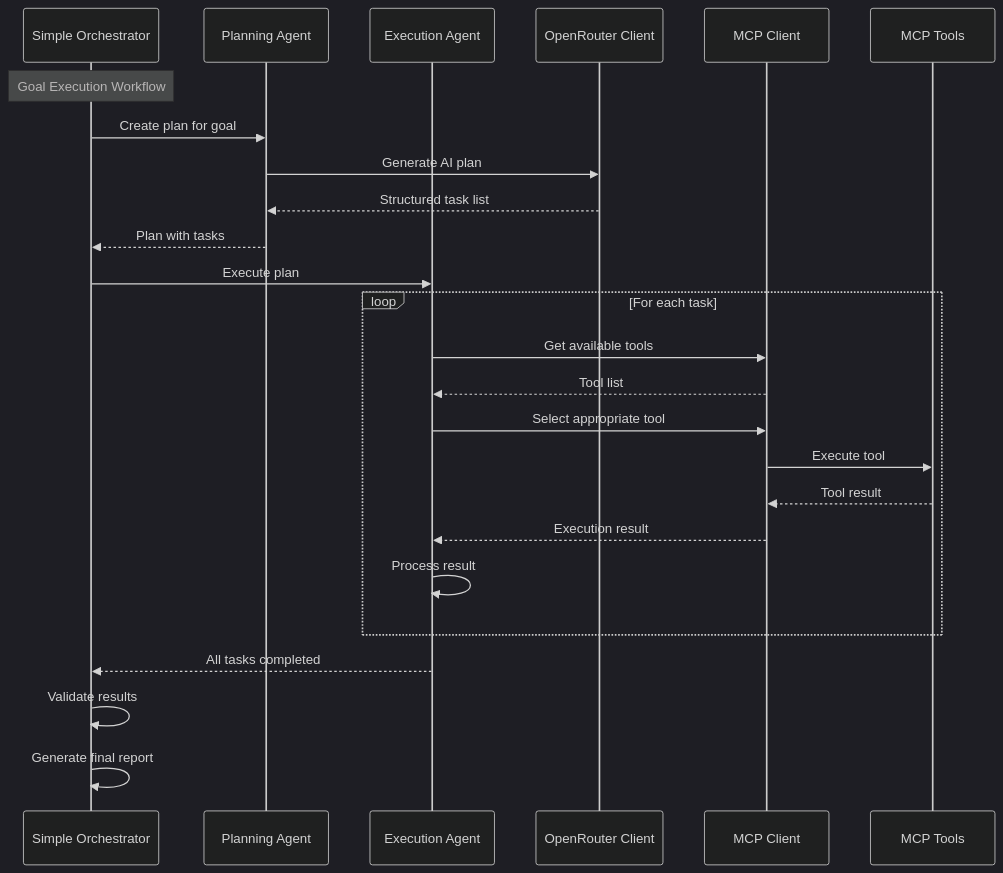
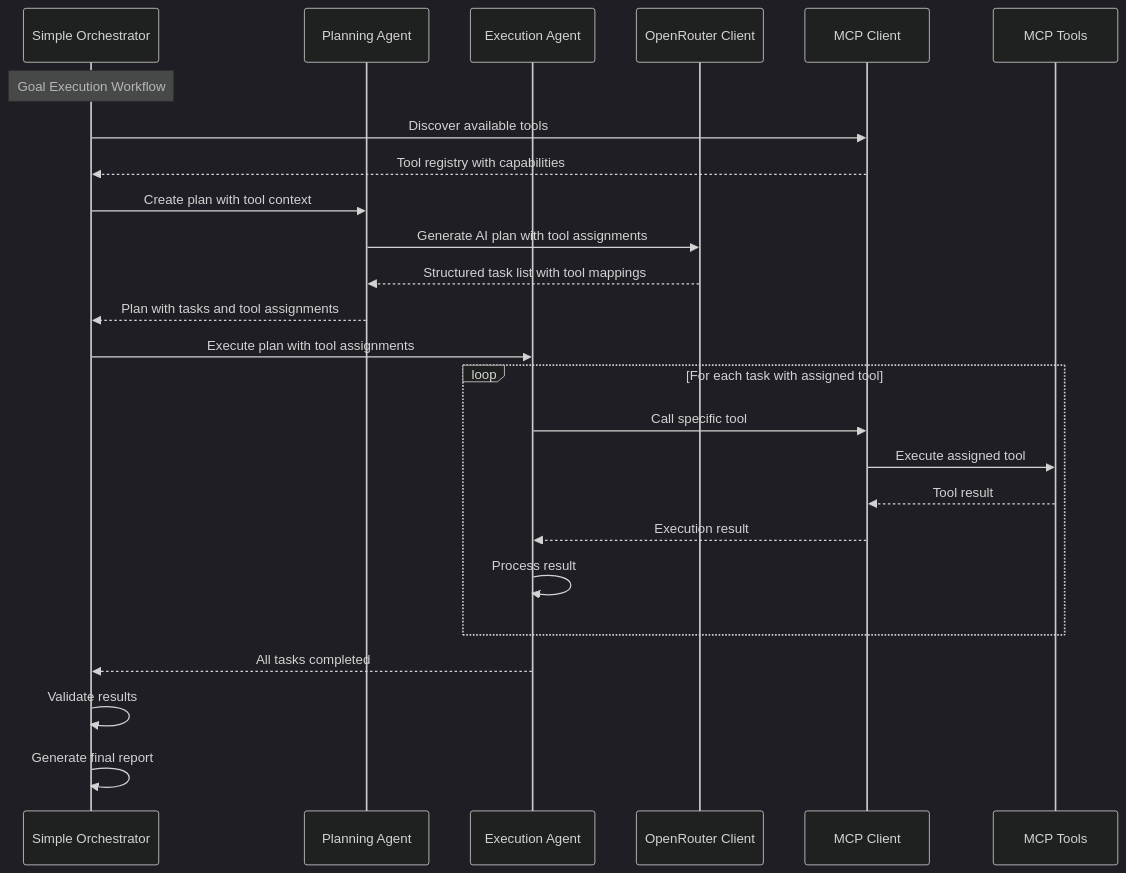
The third of 6 diagrams in README.md (easynet-world/7146-n8n-nodes-easy-ai-agent), drawn with Mermaid (dark theme) before and after one commit. The commit also changed other lines of this file and 2 other files, not shown here.

Commit message:
Fix architecture flow: Discover MCP tools before planning
- Updated sequence diagrams to show correct tool discovery → planning → execution flow
- Added discoverTools() method to SimpleAgent for MCP tool discovery
- Modified SimpleOrchestrator to discover tools before planning phase
- Enhanced planning to include available tools context in AI prompts
- Added preferredTool field to task structure for intelligent tool assignment
- Updated task execution to use preferred tools with fallback strategies
- Fixed logical flow: Discovery → Planning → Execution (not Planning → Discovery)

This ensures the AI planner has full knowledge of available MCP tools
before creating execution plans, leading to more accurate and effective
task assignments.

````diff
--- a/README.md
+++ b/README.md
@@ -126,31 +127,31 @@
 ```mermaid
 sequenceDiagram
     participant Orchestrator as Simple Orchestrator
     participant Planner as Planning Agent
     participant Executor as Execution Agent
     participant OpenRouter as OpenRouter Client
     participant MCP as MCP Client
     participant Tools as MCP Tools
     
     Note over Orchestrator: Goal Execution Workflow
     
-    Orchestrator->>Planner: Create plan for goal
-    Planner->>OpenRouter: Generate AI plan
-    OpenRouter-->>Planner: Structured task list
-    Planner-->>Orchestrator: Plan with tasks
+    Orchestrator->>MCP: Discover available tools
+    MCP-->>Orchestrator: Tool registry with capabilities
+    Orchestrator->>Planner: Create plan with tool context
+    Planner->>OpenRouter: Generate AI plan with tool assignments
+    OpenRouter-->>Planner: Structured task list with tool mappings
+    Planner-->>Orchestrator: Plan with tasks and tool assignments
     
-    Orchestrator->>Executor: Execute plan
-    loop For each task
-        Executor->>MCP: Get available tools
-        MCP-->>Executor: Tool list
-        Executor->>MCP: Select appropriate tool
-        MCP->>Tools: Execute tool
+    Orchestrator->>Executor: Execute plan with tool assignments
+    loop For each task with assigned tool
+        Executor->>MCP: Call specific tool
+        MCP->>Tools: Execute assigned tool
         Tools-->>MCP: Tool result
         MCP-->>Executor: Execution result
         Executor->>Executor: Process result
     end
     Executor-->>Orchestrator: All tasks completed
     
     Orchestrator->>Orchestrator: Validate results
     Orchestrator->>Orchestrator: Generate final report
 ```
````
